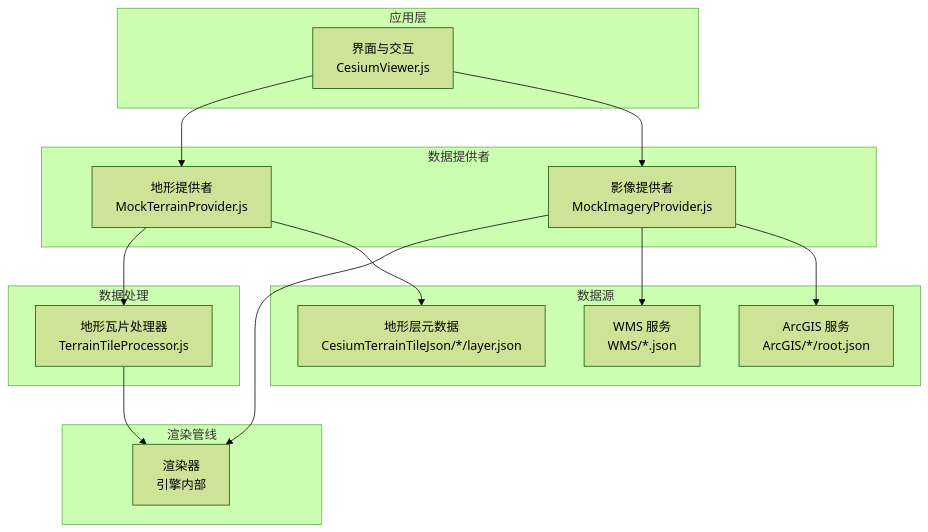
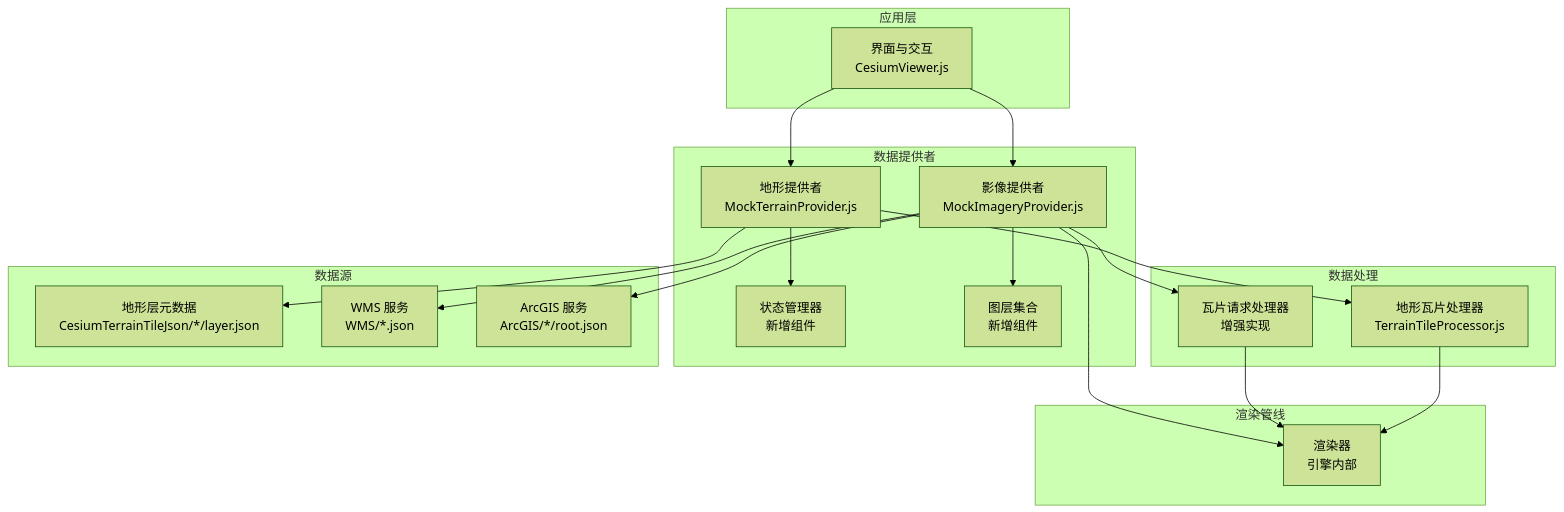
The second of 6 diagrams in .qoder/repowiki/zh/content/项目概述/核心特性/地形与影像系统/地形与影像系统.md (rzhangjing/cesium), drawn with Mermaid (forest theme) before and after one commit. The commit also changed other lines of this file and 92 other files, not shown here.

````diff
--- a/.qoder/repowiki/zh/content/项目概述/核心特性/地形与影像系统/地形与影像系统.md
+++ b/.qoder/repowiki/zh/content/项目概述/核心特性/地形与影像系统/地形与影像系统.md
@@ -95,29 +106,36 @@
 ```mermaid
 graph TB
 subgraph "应用层"
 UI["界面与交互<br/>CesiumViewer.js"]
 end
 subgraph "数据提供者"
 TP["地形提供者<br/>MockTerrainProvider.js"]
 IP["影像提供者<br/>MockImageryProvider.js"]
+SM["状态管理器<br/>新增组件"]
+LC["图层集合<br/>新增组件"]
 end
 subgraph "数据处理"
 TProc["地形瓦片处理器<br/>TerrainTileProcessor.js"]
+TRP["瓦片请求处理器<br/>增强实现"]
 end
 subgraph "数据源"
 TM["地形层元数据<br/>CesiumTerrainTileJson/*/layer.json"]
 WMS["WMS 服务<br/>WMS/*.json"]
 AGS["ArcGIS 服务<br/>ArcGIS/*/root.json"]
 end
 subgraph "渲染管线"
 Rnd["渲染器<br/>引擎内部"]
 end
 UI --> TP
 UI --> IP
+TP --> SM
+IP --> LC
 TP --> TProc
+IP --> TRP
 TProc --> Rnd
+TRP --> Rnd
 IP --> Rnd
 TP --> TM
 IP --> WMS
 IP --> AGS
 ```
````
